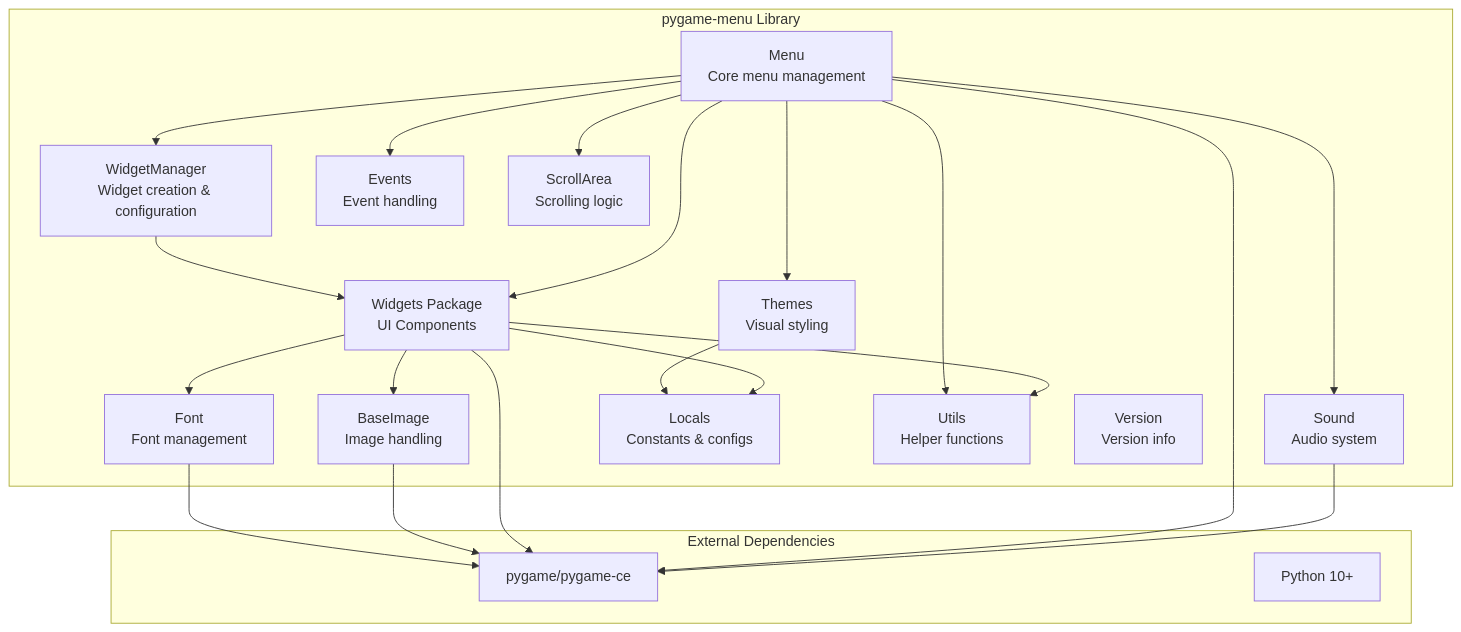
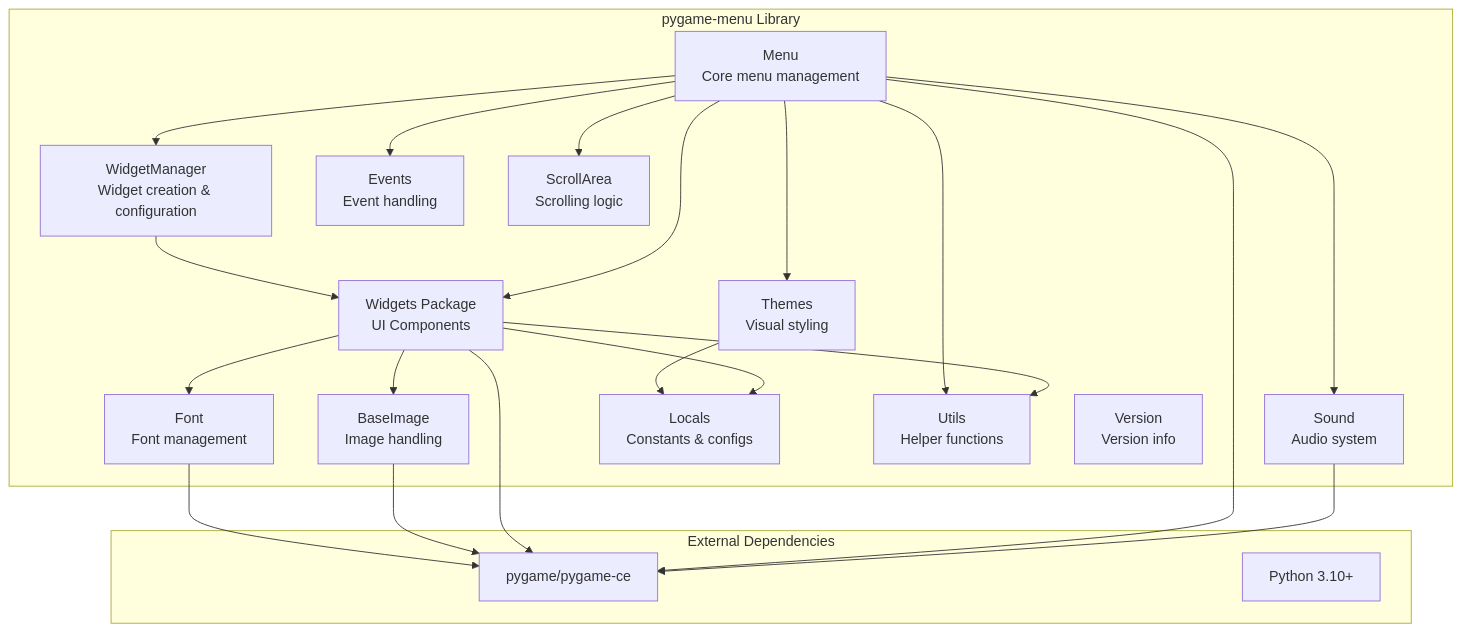
Before and after one commit to ppizarror/pygame-menu: the diagram in docs/diagrams/high-level-arch.mmd, drawn with Mermaid. The commit also changed 24 other files, not shown here.

```diff
--- a/docs/diagrams/high-level-arch.mmd
+++ b/docs/diagrams/high-level-arch.mmd
@@ -1,39 +1,39 @@
 graph TB
     subgraph "pygame-menu Library"
         Menu[Menu<br/>Core menu management]
         WidgetManager[WidgetManager<br/>Widget creation & configuration]
         Widgets[Widgets Package<br/>UI Components]
         Themes[Themes<br/>Visual styling]
         Events[Events<br/>Event handling]
         Sound[Sound<br/>Audio system]
         BaseImage[BaseImage<br/>Image handling]
         Font[Font<br/>Font management]
         Locals[Locals<br/>Constants & configs]
         Utils[Utils<br/>Helper functions]
         Scrollarea[ScrollArea<br/>Scrolling logic]
         Version[Version<br/>Version info]
     end
     
     subgraph "External Dependencies"
         Pygame[pygame/pygame-ce]
-        Python[Python 10+]
+        Python[Python 3.10+]
     end
     
     Menu --> WidgetManager
     Menu --> Widgets
     Menu --> Themes
     Menu --> Events
     Menu --> Sound
     Menu --> Scrollarea
     WidgetManager --> Widgets
     Widgets --> BaseImage
     Widgets --> Font
     Widgets --> Locals
     Themes --> Locals
     Sound --> Pygame
     Menu --> Pygame
     Widgets --> Pygame
     BaseImage --> Pygame
     Font --> Pygame
     Widgets --> Utils
     Menu --> Utils
```
